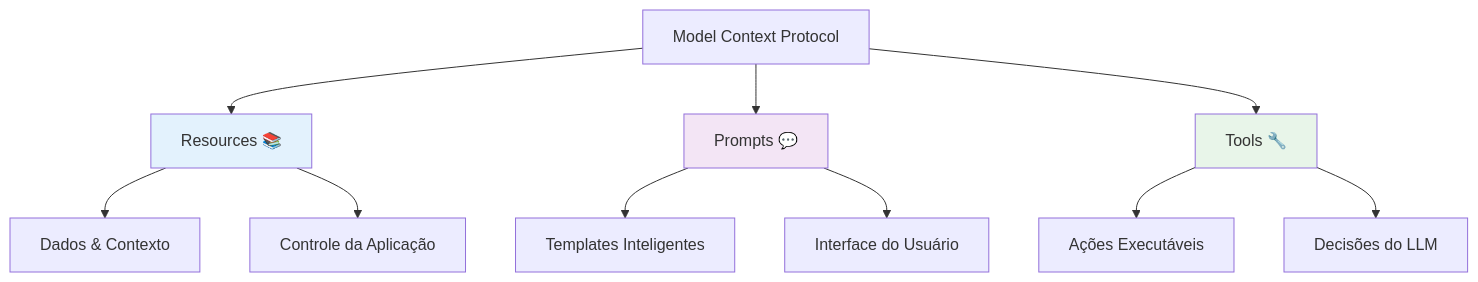
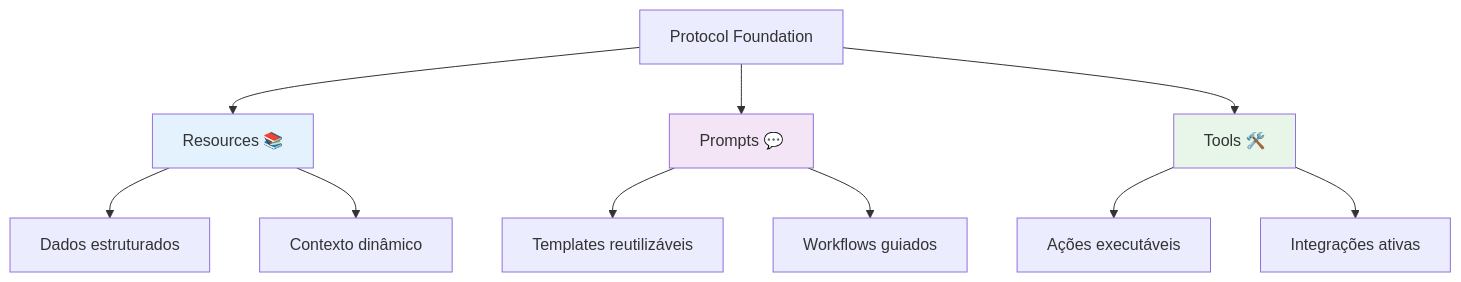
Before and after one commit to felipepimentel/my-public-notes: the fourth of 17 diagrams in AI/Comunicação/MCP/00-mcp-presentation-zero to hero.md, drawn with Mermaid. The commit also changed other lines of this file, not shown here.

````diff
--- a/AI/Comunicação/MCP/00-mcp-presentation-zero to hero.md
+++ b/AI/Comunicação/MCP/00-mcp-presentation-zero to hero.md
@@ -79,19 +75,19 @@
 ```mermaid
 graph TB
-    MCP[Model Context Protocol] --> P1[Resources 📚]
-    MCP --> P2[Prompts 💬]
-    MCP --> P3[Tools 🔧]
+    MCP[Protocol Foundation] --> RES[Resources 📚]
+    MCP --> PRO[Prompts 💬]
+    MCP --> TOO[Tools 🛠️]
     
-    P1 --> R1[Dados & Contexto]
-    P1 --> R2[Controle da Aplicação]
+    RES --> R1[Dados estruturados]
+    RES --> R2[Contexto dinâmico]
     
-    P2 --> PR1[Templates Inteligentes]
-    P2 --> PR2[Interface do Usuário]
+    PRO --> P1[Templates reutilizáveis]
+    PRO --> P2[Workflows guiados]
     
-    P3 --> T1[Ações Executáveis]
-    P3 --> T2[Decisões do LLM]
+    TOO --> T1[Ações executáveis]
+    TOO --> T2[Integrações ativas]
     
-    style P1 fill:#e3f2fd
-    style P2 fill:#f3e5f5
-    style P3 fill:#e8f5e9
+    style RES fill:#e3f2fd
+    style PRO fill:#f3e5f5
+    style TOO fill:#e8f5e9
 ```
````
